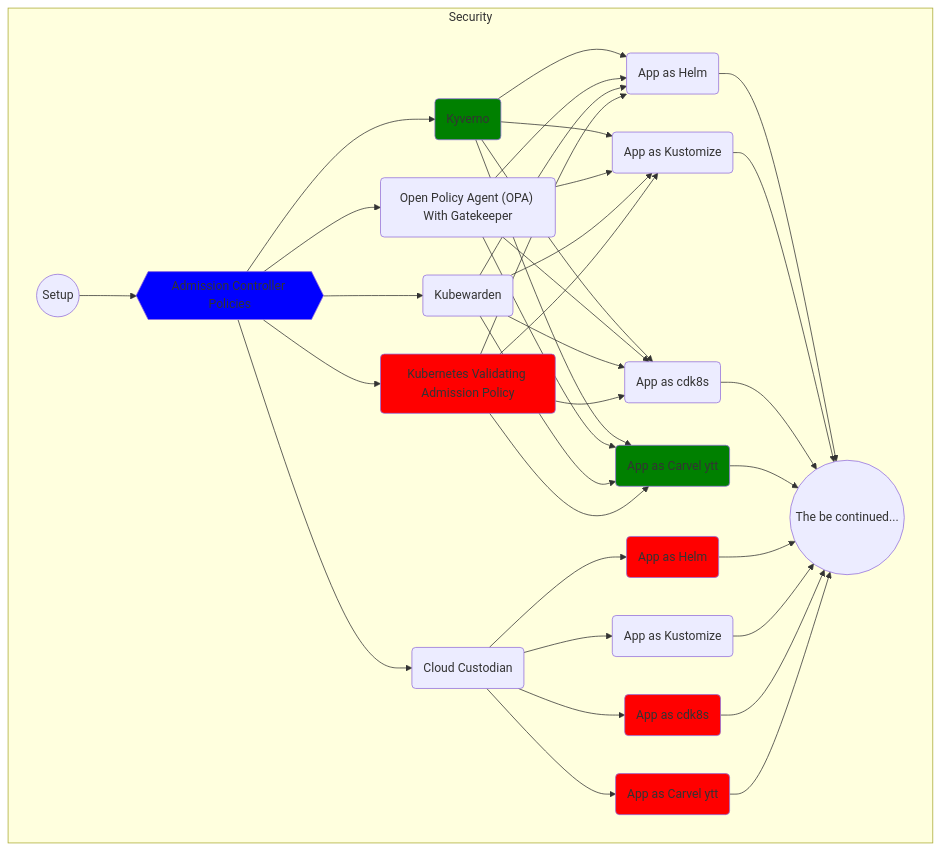
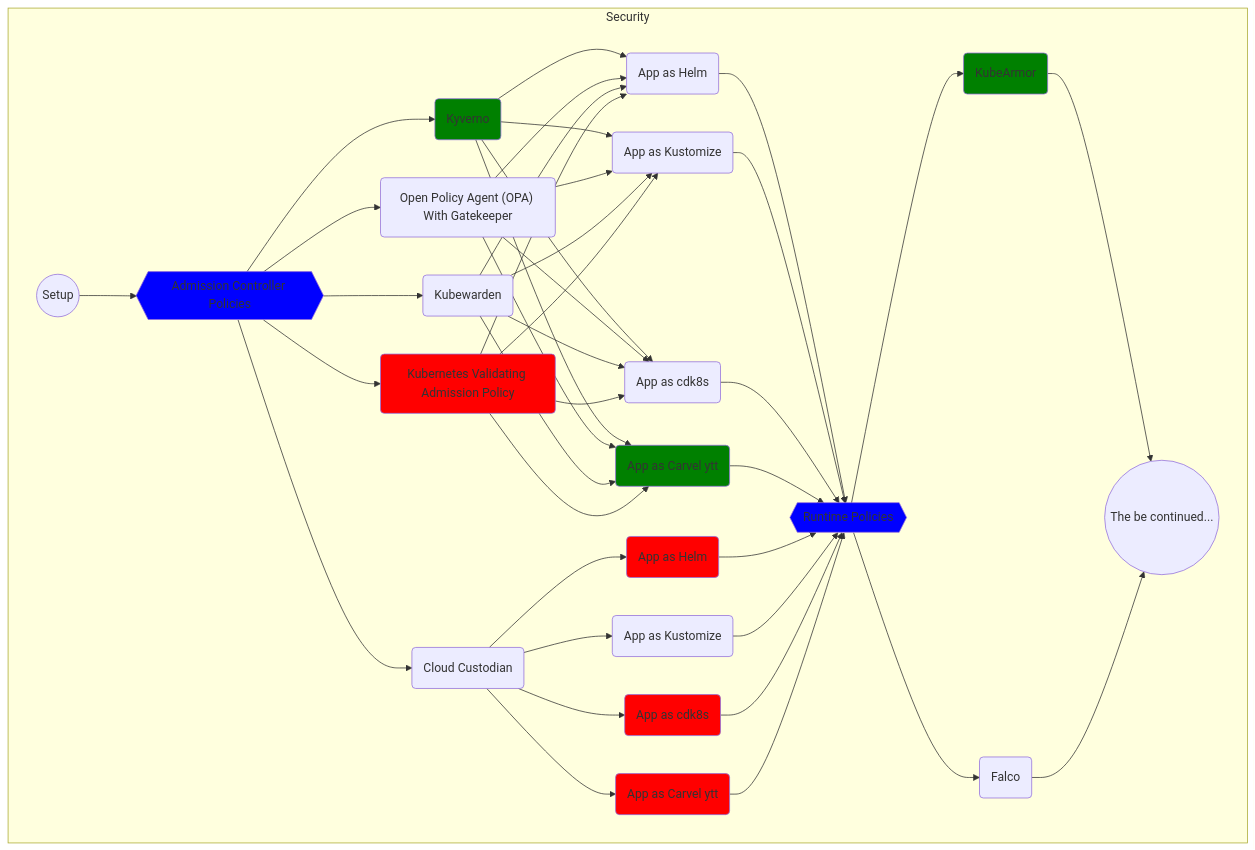
One commit to vfarcic/cncf-demo changed the fourth of 4 diagrams in README.md. Above: the diagram before and after it, drawn with Mermaid. The commit also changed 11 other files, not shown here.

````diff
--- a/README.md
+++ b/README.md
@@ -339,59 +339,72 @@
 ```mermaid
 flowchart TD
 
     subgraph Security
 
         %% -----------
         %% -- Setup --
         %% -----------
         setup-security((Setup))
         click setup-security "https://github.com/vfarcic/cncf-demo/blob/main/manuscript/setup/security.md"
 
         %% -- Setup Connections --
         setup-security-->policies
 
         %% -----------------------------------
         %% -- Admission Controller Policies --
         %% -----------------------------------
         policies{{Admission Controller Policies}}
         style policies fill:blue
         click policies "https://github.com/vfarcic/cncf-demo/blob/main/manuscript/policies/README.md"
         kyverno(Kyverno)
         click kyverno "https://github.com/vfarcic/cncf-demo/blob/main/manuscript/policies/kyverno.md"
         style kyverno fill:green
         policies-opa("Open Policy Agent (OPA) With Gatekeeper")
         click policies-opa "https://github.com/vfarcic/cncf-demo/blob/main/manuscript/policies/gatekeeper.md"
         cloud-custodian(Cloud Custodian)
         click cloud-custodian "https://github.com/vfarcic/cncf-demo/blob/main/manuscript/policies/cloud-custodian.md"
         cloud-custodian-helm(App as Helm)
         click cloud-custodian-helm "https://github.com/vfarcic/cncf-demo/blob/main/manuscript/policies/cloud-custodian-helm.md"
         style cloud-custodian-helm fill:red
         cloud-custodian-kustomize(App as Kustomize)
         click cloud-custodian-kustomize "https://github.com/vfarcic/cncf-demo/blob/main/manuscript/policies/cloud-custodian-kustomize.md"
         cloud-custodian-cdk8s(App as cdk8s)
         click cloud-custodian-cdk8s "https://github.com/vfarcic/cncf-demo/blob/main/manuscript/policies/cloud-custodian-cdk8s.md"
         style cloud-custodian-cdk8s fill:red
         cloud-custodian-carvel(App as Carvel ytt)
         click cloud-custodian-carvel "https://github.com/vfarcic/cncf-demo/blob/main/manuscript/policies/cloud-custodian-carvel.md"
         style cloud-custodian-carvel fill:red
         kubewarden(Kubewarden)
         click kubewarden "https://github.com/vfarcic/cncf-demo/blob/main/manuscript/policies/kubewarden.md"
         %% Wait with VAP until it's GA
         vac(Kubernetes Validating Admission Policy)
         style vac fill:red
         policies-helm(App as Helm)
         click policies-helm "https://github.com/vfarcic/cncf-demo/blob/main/manuscript/policies/helm.md"
         policies-kustomize(App as Kustomize)
         click policies-kustomize "https://github.com/vfarcic/cncf-demo/blob/main/manuscript/policies/kustomize.md"
         policies-cdk8s(App as cdk8s)
         click policies-cdk8s "https://github.com/vfarcic/cncf-demo/blob/main/manuscript/policies/cdk8s.md"
         policies-carvel(App as Carvel ytt)
         style policies-carvel fill:green
         click policies-carvel "https://github.com/vfarcic/cncf-demo/blob/main/manuscript/policies/carvel.md"
-        policies --> kyverno & policies-opa & kubewarden & vac --> policies-helm & policies-kustomize & policies-cdk8s & policies-carvel --> continue
-        policies --> cloud-custodian --> cloud-custodian-helm & cloud-custodian-kustomize & cloud-custodian-cdk8s & cloud-custodian-carvel --> continue
+        policies --> kyverno & policies-opa & kubewarden & vac --> policies-helm & policies-kustomize & policies-cdk8s & policies-carvel --> runtime-policies
+        policies --> cloud-custodian --> cloud-custodian-helm & cloud-custodian-kustomize & cloud-custodian-cdk8s & cloud-custodian-carvel --> runtime-policies
+
+        %% ----------------------
+        %% -- Runtime Policies --
+        %% ----------------------
+        runtime-policies{{Runtime Policies}}
+        style runtime-policies fill:blue
+        click runtime-policies "https://github.com/vfarcic/cncf-demo/blob/main/manuscript/runtime-policies/README.md"
+        kube-armor(KubeArmor)
+        click kube-armor "https://github.com/vfarcic/cncf-demo/blob/main/manuscript/runtime-policies/kubearmor.md"
+        style kube-armor fill:green
+        falco(Falco)
+        click falco "https://github.com/vfarcic/cncf-demo/blob/main/manuscript/runtime-policies/falco.md"
+        runtime-policies --> kube-armor & falco --> continue
 
         continue((The be continued...))
 
     end
 ```
````
